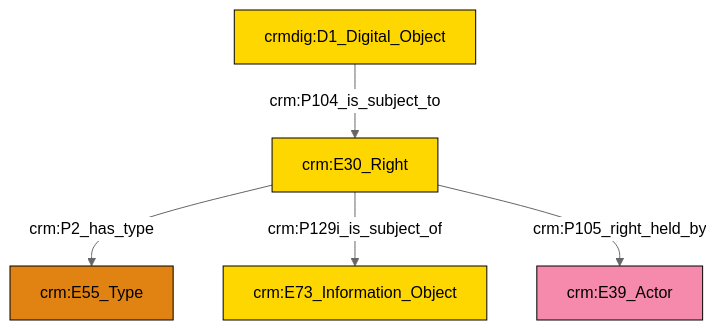
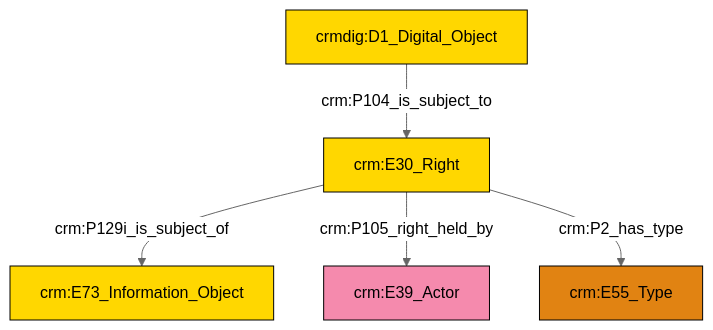
The diagram in et/doCSV/ttl/mmd/do_rights.ttl.mmd (swiss-art-research-net/reference-data-models), drawn with Mermaid (neutral theme) before and after one commit. The commit also changed 128 other files, not shown here.

```diff
--- a/et/doCSV/ttl/mmd/do_rights.ttl.mmd
+++ b/et/doCSV/ttl/mmd/do_rights.ttl.mmd
@@ -1,19 +1,19 @@
 graph TD
 classDef Literal fill:#f2f2f2,stroke:#000000;
 classDef CRM_Entity fill:#FFFFFF,stroke:#000000;
 classDef Temporal_Entity fill:#00C9E6, stroke:#000000;
 classDef Type fill:#E18312, stroke:#000000;
 classDef Time-Span fill:#2C9C91, stroke:#000000;
 classDef Appellation fill:#FFEB7F, stroke:#000000;
 classDef Place fill:#008836, stroke:#000000;
 classDef Persistent_Item fill:#B266B2, stroke:#000000;
 classDef Conceptual_Object fill:#FFD700, stroke:#000000;
 classDef Physical_Thing fill:#D2B48C, stroke:#000000;
 classDef Actor fill:#f58aad, stroke:#000000;
 classDef PC_Classes fill:#4ce600, stroke:#000000;
 classDef Multi fill:#cccccc,stroke:#000000;
 
-0["crm:E30_Right"]:::Conceptual_Object -->|crm:P2_has_type| 1["crm:E55_Type"]:::Type
-0["crm:E30_Right"]:::Conceptual_Object -->|crm:P129i_is_subject_of| 8["crm:E73_Information_Object"]:::Conceptual_Object
+0["crm:E30_Right"]:::Conceptual_Object -->|crm:P129i_is_subject_of| 1["crm:E73_Information_Object"]:::Conceptual_Object
+6["crmdig:D1_Digital_Object"]:::Conceptual_Object -->|crm:P104_is_subject_to| 0["crm:E30_Right"]:::Conceptual_Object
 0["crm:E30_Right"]:::Conceptual_Object -->|crm:P105_right_held_by| 4["crm:E39_Actor"]:::Actor
-2["crmdig:D1_Digital_Object"]:::Conceptual_Object -->|crm:P104_is_subject_to| 0["crm:E30_Right"]:::Conceptual_Object
+0["crm:E30_Right"]:::Conceptual_Object -->|crm:P2_has_type| 2["crm:E55_Type"]:::Type
```
